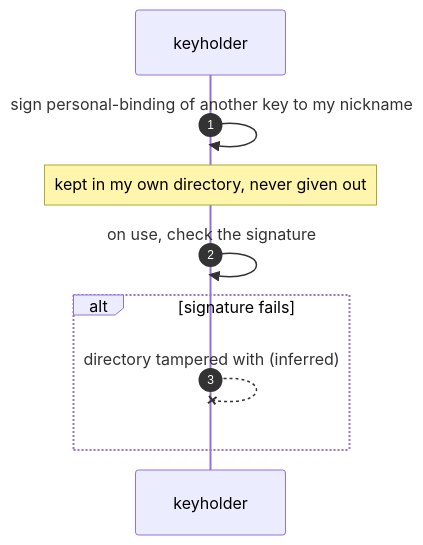
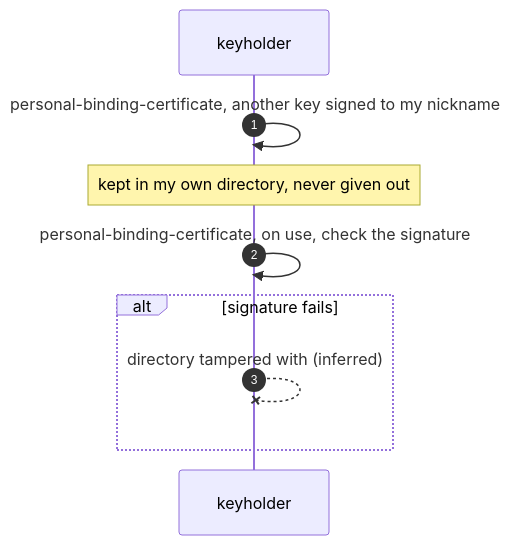
The eighth of 26 diagrams in records/ietf/rfc-2692/distilled/protocol.md (m-of-n/library), drawn with Mermaid before and after one commit. The commit also changed other lines of this file and 9 other files, not shown here.

````diff
--- a/records/ietf/rfc-2692/distilled/protocol.md
+++ b/records/ietf/rfc-2692/distilled/protocol.md
@@ -290,11 +302,11 @@
 ```mermaid
 sequenceDiagram
   autonumber
   participant K as keyholder
-  K->>K: sign personal-binding of another key to my nickname
+  K->>K: personal-binding-certificate, another key signed to my nickname
   Note over K: kept in my own directory, never given out
-  K->>K: on use, check the signature
+  K->>K: personal-binding-certificate, on use, check the signature
   alt signature fails
     K--xK: directory tampered with (inferred)
   end
 ```
````
